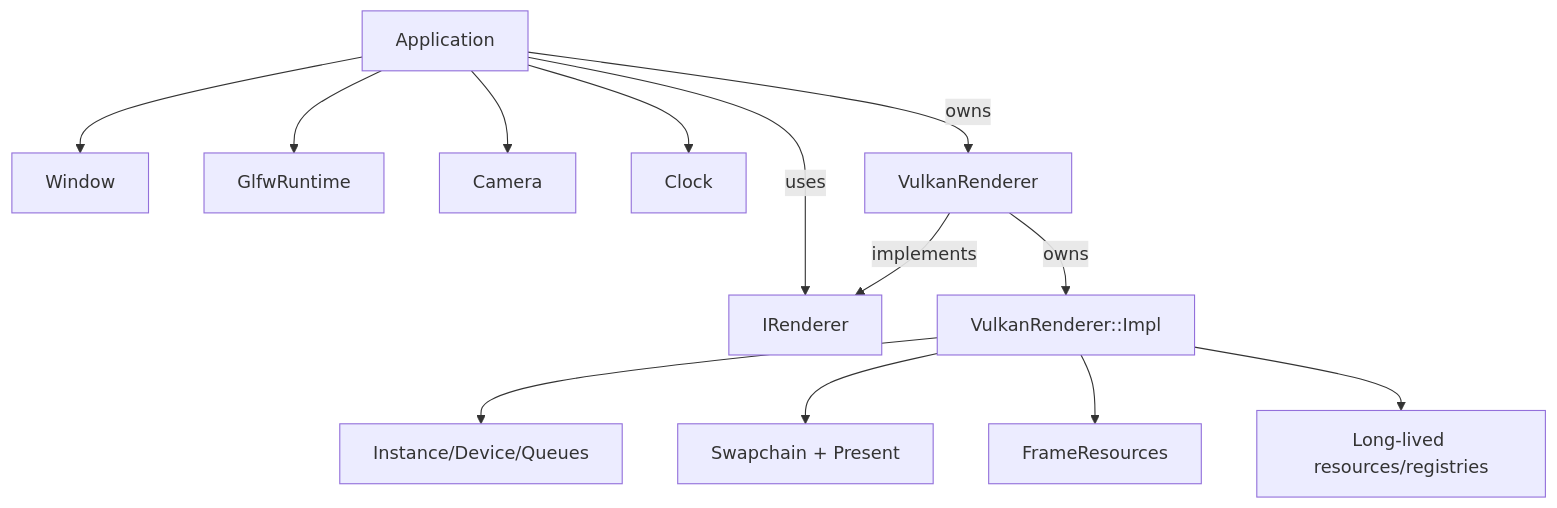
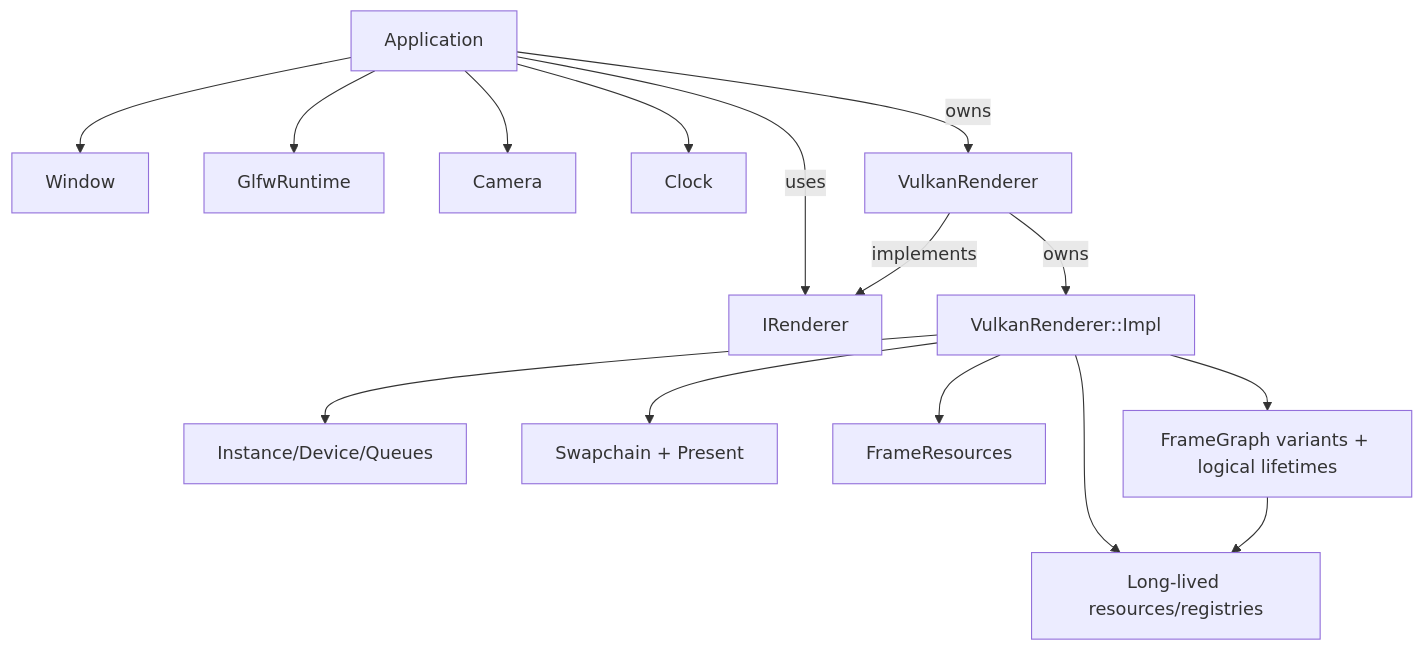
Before and after one commit to ck0i/VolkEngine: the diagram in docs/topics/architecture.md, drawn with Mermaid. The commit also changed other lines of this file and 12 other files, not shown here.

Commit message:
fix: validate frame graph synchronization

````diff
--- a/docs/topics/architecture.md
+++ b/docs/topics/architecture.md
@@ -21,15 +21,17 @@
 ```mermaid
 graph TD
     App[Application] --> Window[Window]
     App --> GlfwRuntime[GlfwRuntime]
     App --> Camera[Camera]
     App --> Clock[Clock]
     App -->|owns| Renderer[VulkanRenderer]
     App -->|uses| IRenderer[IRenderer]
     Renderer -->|implements| IRenderer
     Renderer -->|owns| Impl[VulkanRenderer::Impl]
     Impl --> Instance[Instance/Device/Queues]
     Impl --> Swapchain[Swapchain + Present]
     Impl --> Frame[FrameResources]
     Impl --> Resources[Long-lived resources/registries]
+    Impl --> Graph[FrameGraph variants + logical lifetimes]
+    Graph --> Resources
 ```
````
